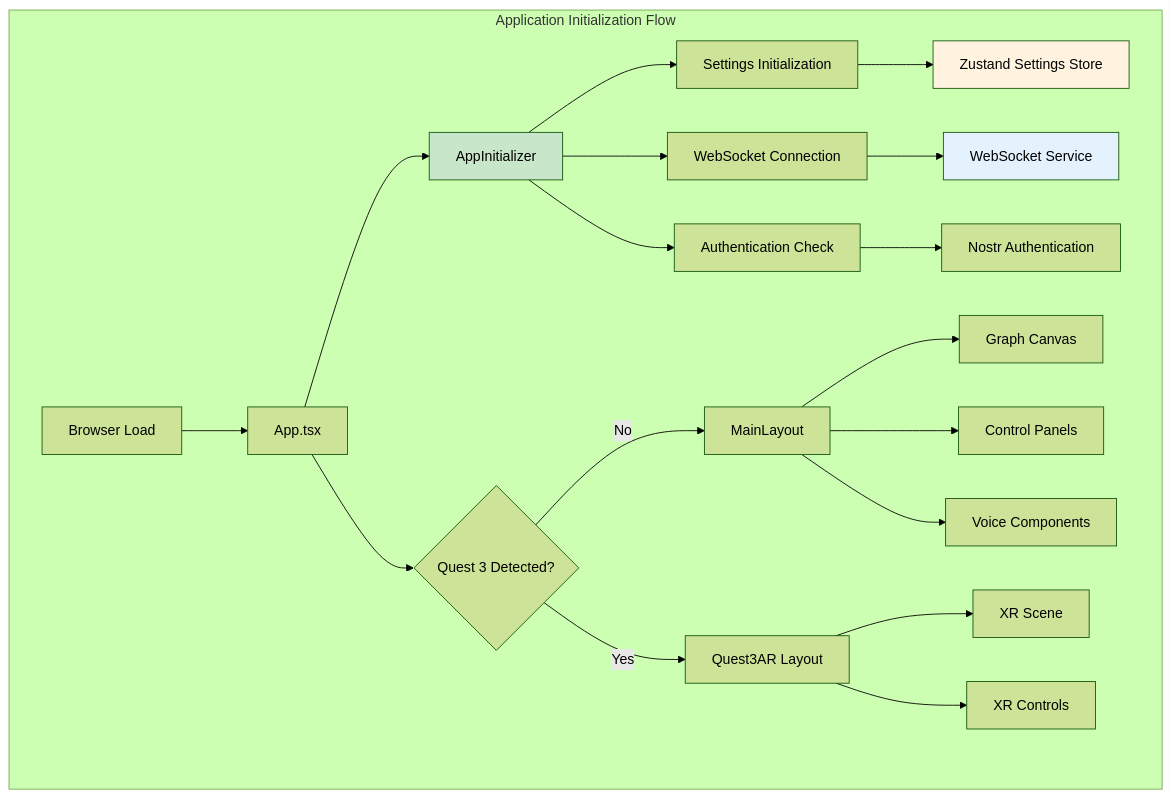
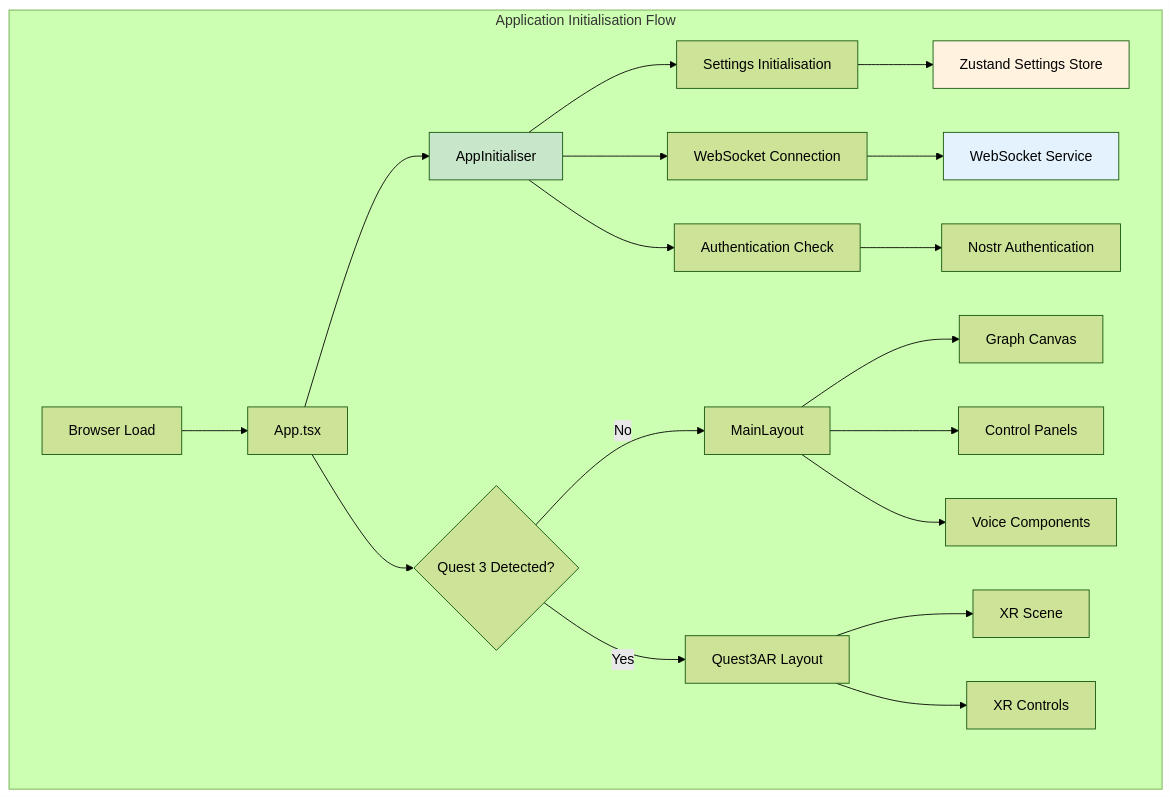
One commit to DreamLab-AI/VisionFlow changed the second of 14 diagrams in docs/client-architecture-current.md. Above: the diagram before and after it, drawn with Mermaid (forest theme). The commit also changed other lines of this file, not shown here.

Commit message:
fully update client diagrams

````diff
--- a/docs/client-architecture-current.md
+++ b/docs/client-architecture-current.md
@@ -255,30 +255,30 @@
 ```mermaid
 graph TB
-    subgraph "Application Initialization Flow"
+    subgraph "Application Initialisation Flow"
         Browser["Browser Load"] --> App["App.tsx"]
-        App --> AppInitializer["AppInitializer"]
+        App --> AppInitialiser["AppInitialiser"]
 
-        AppInitializer --> SettingsInit["Settings Initialization"]
-        AppInitializer --> WebSocketInit["WebSocket Connection"]
-        AppInitializer --> AuthInit["Authentication Check"]
+        AppInitialiser --> SettingsInit["Settings Initialisation"]
+        AppInitialiser --> WebSocketInit["WebSocket Connection"]
+        AppInitialiser --> AuthInit["Authentication Check"]
 
         SettingsInit --> SettingsStore["Zustand Settings Store"]
         WebSocketInit --> WebSocketService["WebSocket Service"]
         AuthInit --> NostrAuth["Nostr Authentication"]
 
         App --> Quest3Detection{"Quest 3 Detected?"}
         Quest3Detection -->|Yes| Quest3AR["Quest3AR Layout"]
         Quest3Detection -->|No| MainLayout["MainLayout"]
 
         MainLayout --> GraphCanvas["Graph Canvas"]
         MainLayout --> ControlPanels["Control Panels"]
         MainLayout --> VoiceComponents["Voice Components"]
 
         Quest3AR --> XRScene["XR Scene"]
         Quest3AR --> XRControls["XR Controls"]
 
-        style AppInitializer fill:#c8e6c9
+        style AppInitialiser fill:#c8e6c9
         style SettingsStore fill:#fff3e0
         style WebSocketService fill:#e3f2fd
     end
 ```
````
